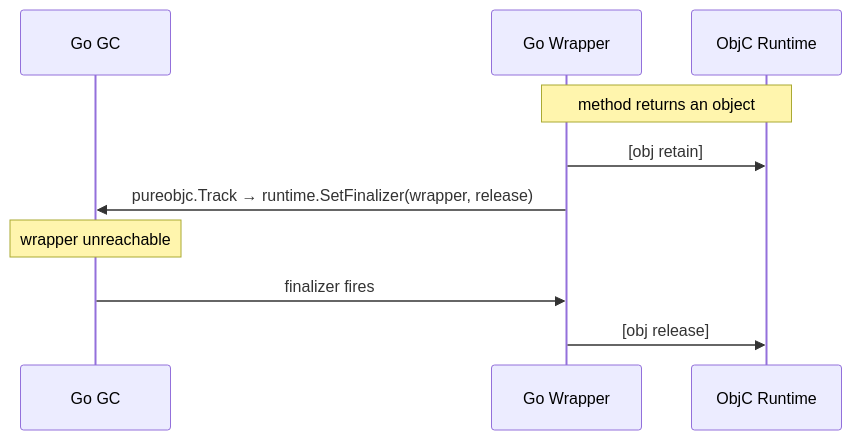
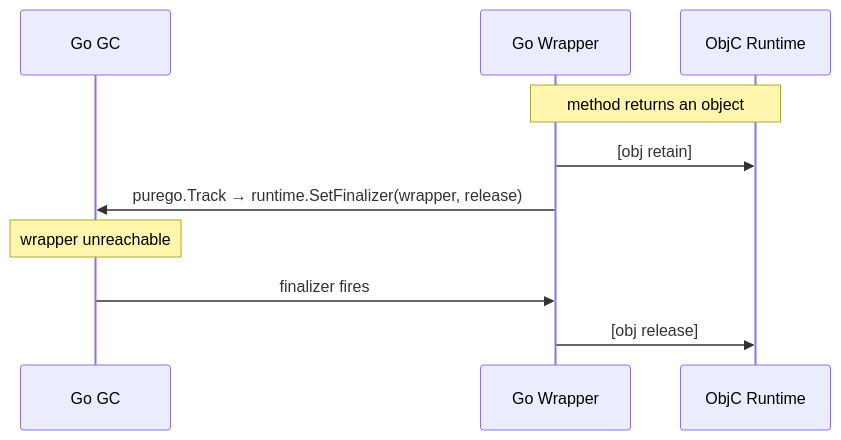
One commit to deploymenttheory/go-bindings-macosplatform changed the second of 3 diagrams in README.md. Above: the diagram before and after it, drawn with Mermaid. The commit also changed other lines of this file and 6016 other files, not shown here.

````diff
--- a/README.md
+++ b/README.md
@@ -253,14 +253,14 @@
 ```mermaid
 sequenceDiagram
     participant Go as Go GC
     participant W as Go Wrapper
     participant ObjC as ObjC Runtime
 
     Note over W,ObjC: method returns an object
     W->>ObjC: [obj retain]
-    W->>Go: pureobjc.Track → runtime.SetFinalizer(wrapper, release)
+    W->>Go: purego.Track → runtime.SetFinalizer(wrapper, release)
 
     Note over Go: wrapper unreachable
     Go->>W: finalizer fires
     W->>ObjC: [obj release]
 ```
````
